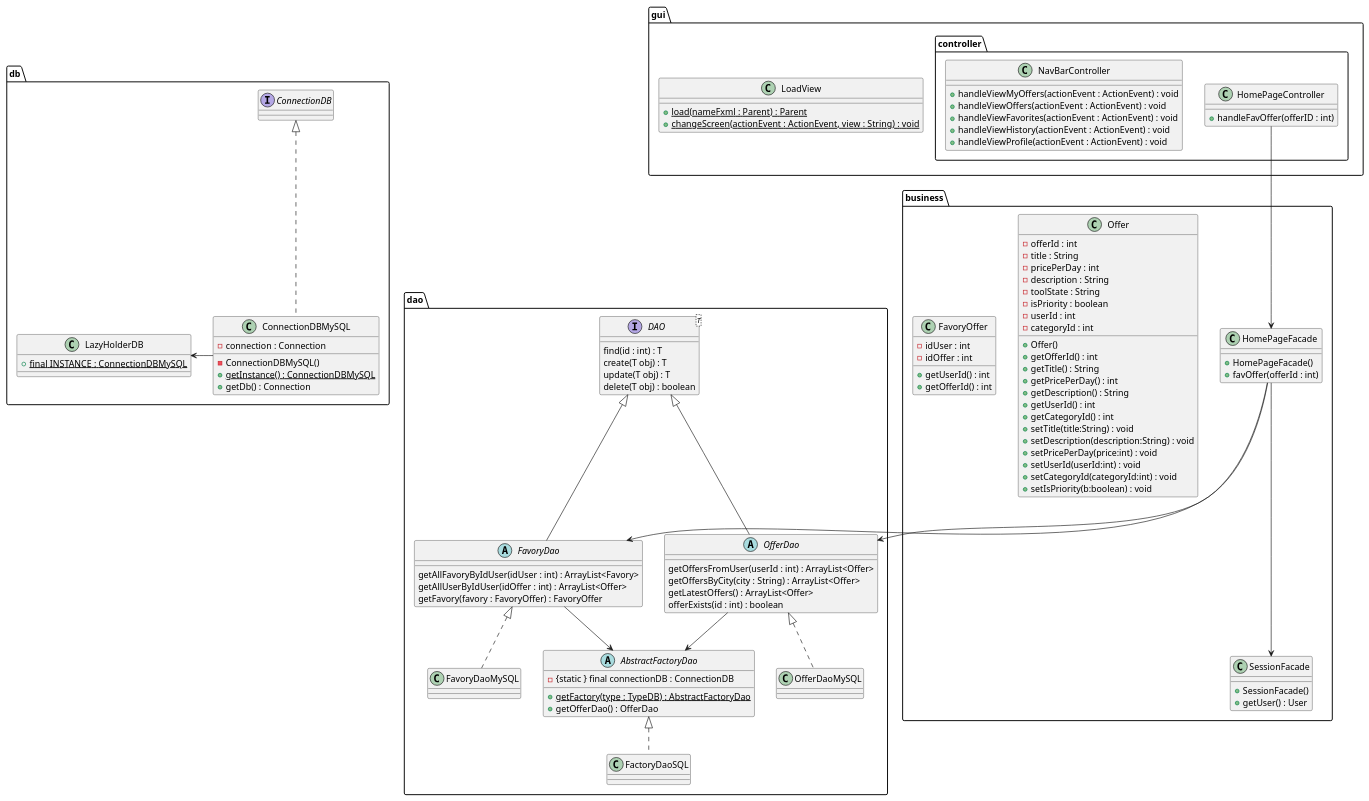
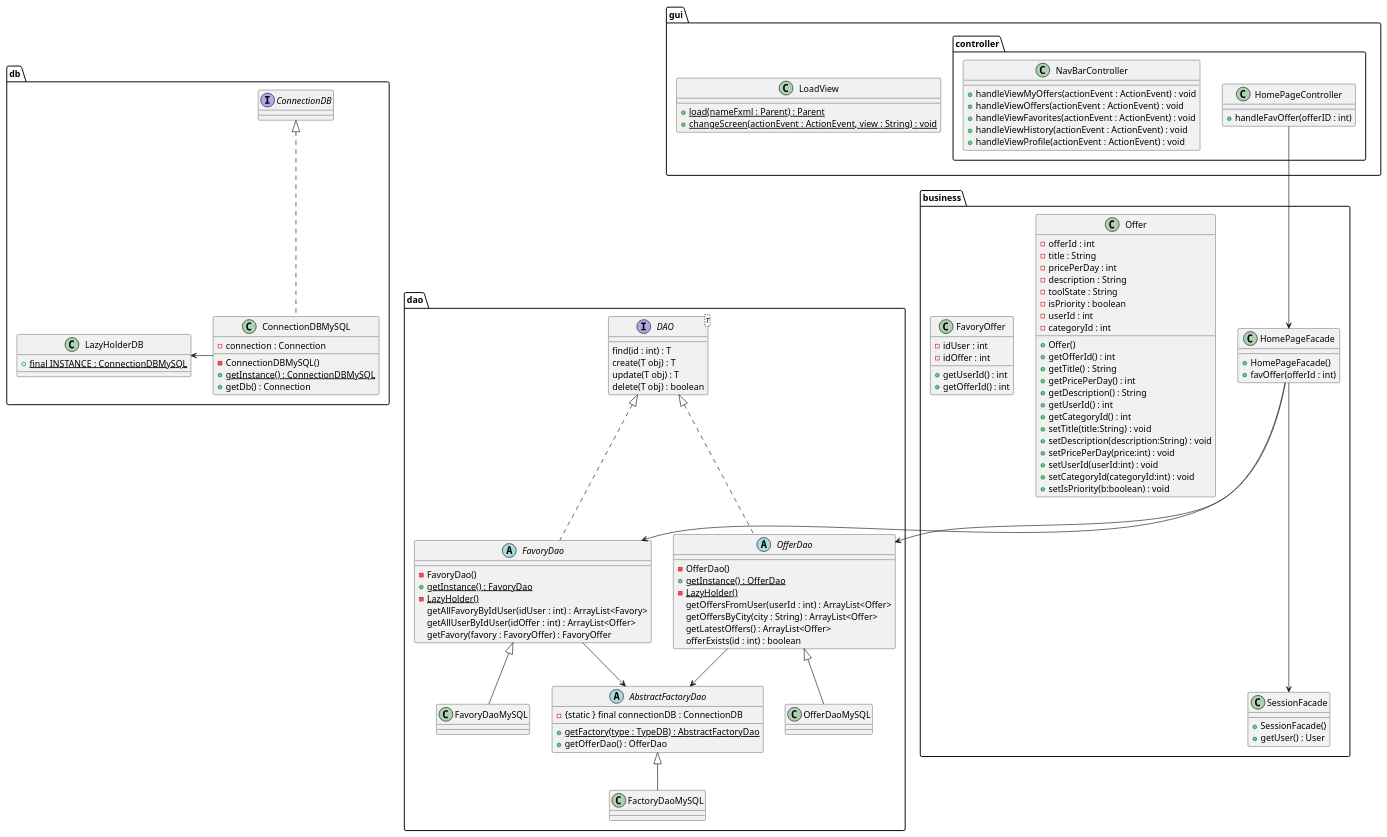
The diagram in documents/diagram/homePage/homePageClass.puml (LaunoisRemy/ToolShare), drawn with PlantUML before and after one commit. The commit also changed 3 other files, not shown here.

Commit message:
UML : Class and sequence

```diff
--- a/documents/diagram/homePage/homePageClass.puml
+++ b/documents/diagram/homePage/homePageClass.puml
@@ -1,133 +1,139 @@
 @startuml
 
 package dao {
 
 
     abstract OfferDao{
+        - OfferDao()
+        + {static} getInstance() : OfferDao
+        - {static} LazyHolder()
         getOffersFromUser(userId : int) : ArrayList<Offer>
         getOffersByCity(city : String) : ArrayList<Offer>
         getLatestOffers() : ArrayList<Offer>
         offerExists(id : int) : boolean
     }
     class OfferDaoMySQL
-    FactoryDaoSQL .up.|> AbstractFactoryDao
-    OfferDaoMySQL .up.|> OfferDao
+    FactoryDaoMySQL -up-|> AbstractFactoryDao
+    OfferDaoMySQL -up-|> OfferDao
     abstract FavoryDao{
+        - FavoryDao()
+        + {static} getInstance() : FavoryDao
+        - {static} LazyHolder()
         getAllFavoryByIdUser(idUser : int) : ArrayList<Favory>
         getAllUserByIdUser(idOffer : int) : ArrayList<Offer>
         getFavory(favory : FavoryOffer) : FavoryOffer
     }
     class FavoryDaoMySQL
-    FavoryDaoMySQL .up.|> FavoryDao
+    FavoryDaoMySQL -up-|> FavoryDao
 
     interface DAO<T>{
         find(id : int) : T
         create(T obj) : T
         update(T obj) : T
         delete(T obj) : boolean
     }
 
     abstract AbstractFactoryDao{
         - {static } final connectionDB : ConnectionDB
         + {static} getFactory(type : TypeDB) : AbstractFactoryDao
         + getOfferDao() : OfferDao
     }
 
-    class FactoryDaoSQL{
+    class FactoryDaoMySQL{
     }
 
 
-    DAO <|-- OfferDao
-    DAO <|-- FavoryDao
+    DAO <|.. OfferDao
+    DAO <|.. FavoryDao
 }
 package db{
     class ConnectionDBMySQL{
         - connection : Connection
         - ConnectionDBMySQL()
         + {static} getInstance() : ConnectionDBMySQL
         + getDb() : Connection
     }
 
     class LazyHolderDB{
         + {static} final INSTANCE : ConnectionDBMySQL
     }
     interface ConnectionDB
     ConnectionDBMySQL -Left-> LazyHolderDB
     ConnectionDBMySQL .up.|> ConnectionDB
 
 }
 package business{
 
     class Offer{
         -offerId : int
         -title : String
         -pricePerDay : int
         -description : String
         -toolState : String
         -isPriority : boolean
         -userId : int
         -categoryId : int
         + Offer()
         + getOfferId() : int
         + getTitle() : String
         + getPricePerDay() : int
         + getDescription() : String
         + getUserId() : int
         + getCategoryId() : int
         + setTitle(title:String) : void
         + setDescription(description:String) : void
         + setPricePerDay(price:int) : void
         + setUserId(userId:int) : void
         + setCategoryId(categoryId:int) : void
         + setIsPriority(b:boolean) : void
     }
 
     class FavoryOffer{
         - idUser : int
         - idOffer : int
         + getUserId() : int
         + getOfferId() : int
     }
     class SessionFacade{
         + SessionFacade()
         + getUser() : User
     }
 
     class HomePageFacade{
         + HomePageFacade()
         + favOffer(offerId : int)
     }
 
 
 }
 
 package gui{
 
     class LoadView{
         + {static} load(nameFxml : Parent) : Parent
         + {static} changeScreen(actionEvent : ActionEvent, view : String) : void
     }
 
     package controller{
         class HomePageController{
             + handleFavOffer(offerID : int)
         }
         class NavBarController{
             + handleViewMyOffers(actionEvent : ActionEvent) : void
             + handleViewOffers(actionEvent : ActionEvent) : void
             + handleViewFavorites(actionEvent : ActionEvent) : void
             + handleViewHistory(actionEvent : ActionEvent) : void
             + handleViewProfile(actionEvent : ActionEvent) : void
         }
     }
 }
 HomePageFacade <-Up- HomePageController
 SessionFacade <--Up- HomePageFacade
 HomePageFacade --> FavoryDao
 HomePageFacade --> OfferDao
 OfferDao --> AbstractFactoryDao
 FavoryDao --> AbstractFactoryDao
 
 
 
 @enduml
```
